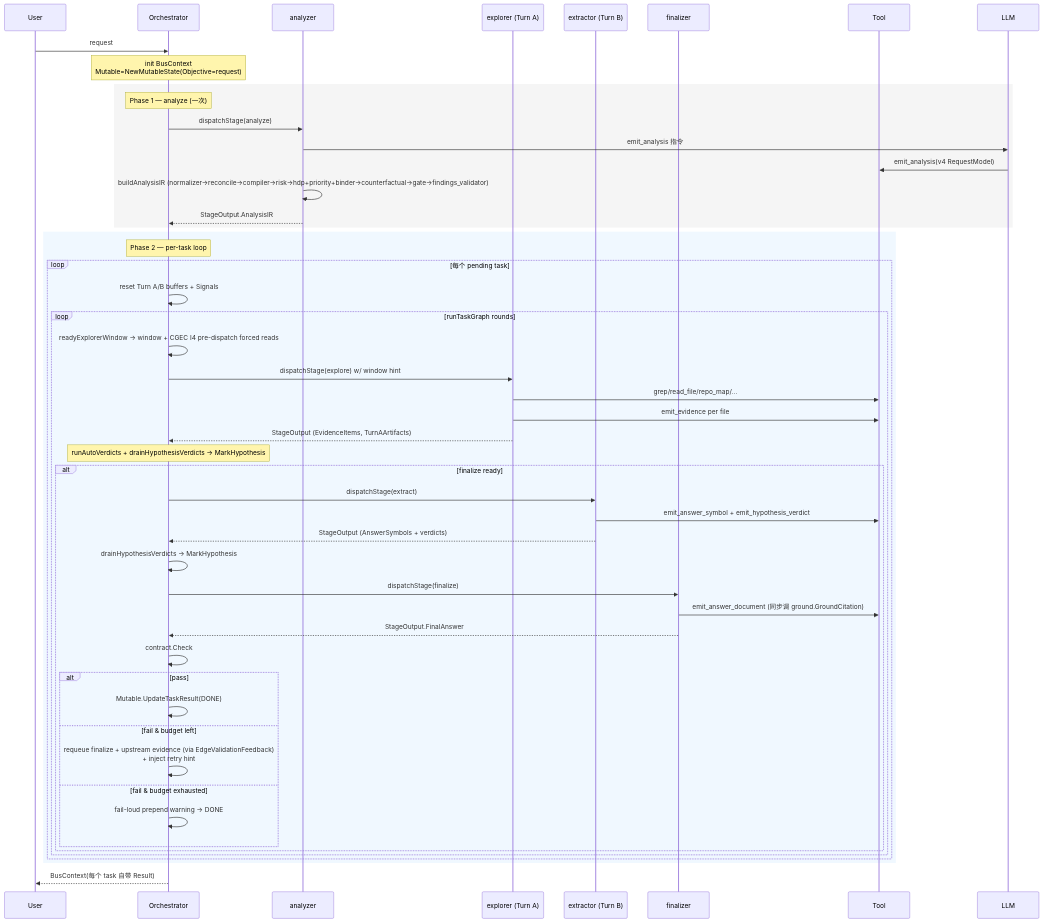
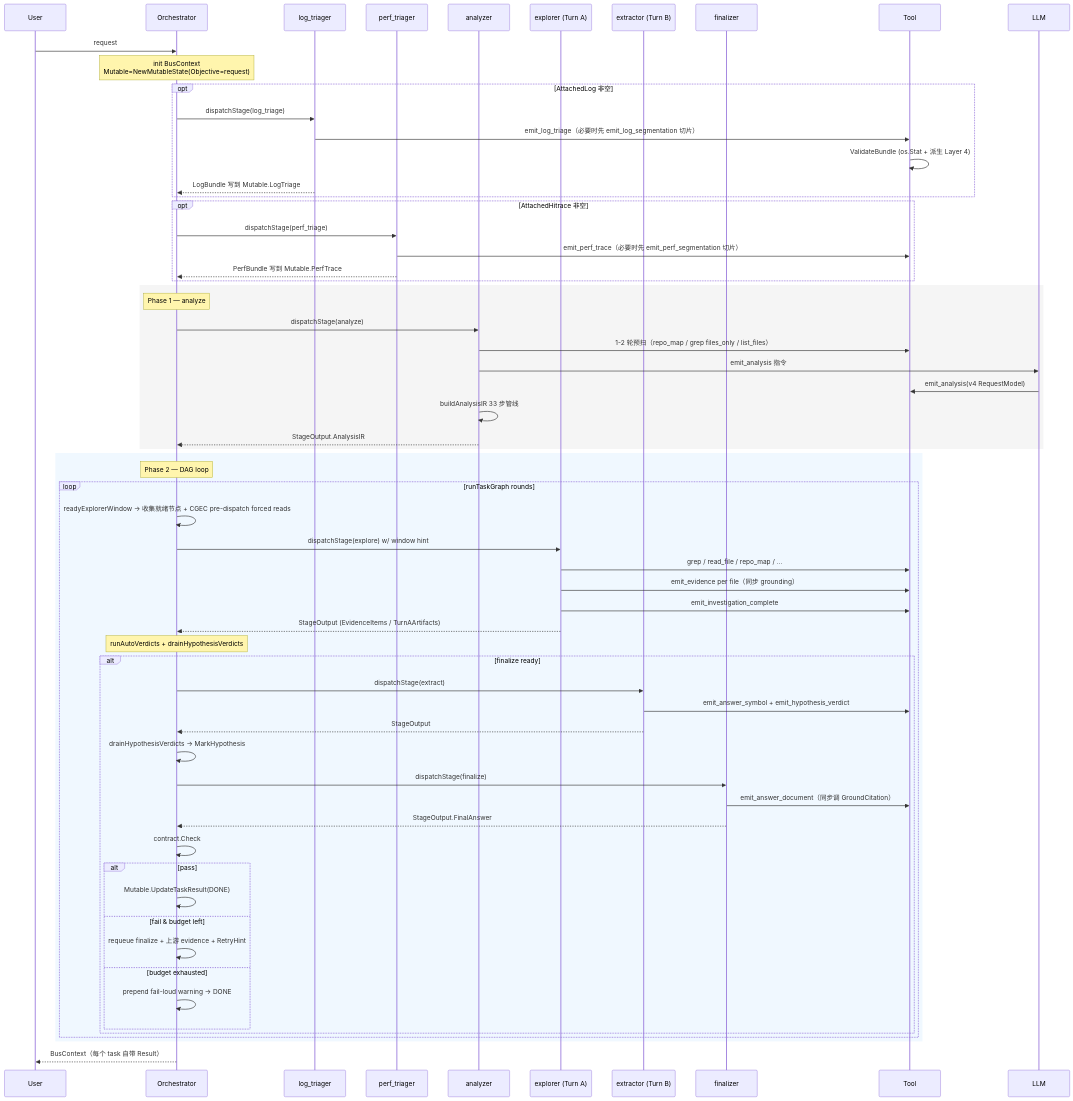
Before and after one commit to hanchaoqun/codrax: the second of 3 diagrams in docs/architecture.md, drawn with Mermaid. The commit also changed other lines of this file, not shown here.

First line of the commit message:
docs(architecture): full refresh — code-grounded deep dive

````diff
--- a/docs/architecture.md
+++ b/docs/architecture.md
@@ -1518,57 +1816,71 @@
 ```mermaid
 sequenceDiagram
     participant User
     participant Orch as Orchestrator
+    participant LT as log_triager
+    participant PT as perf_triager
     participant A as analyzer
     participant E as explorer (Turn A)
     participant X as extractor (Turn B)
     participant F as finalizer
     participant Tool
     participant LLM
 
     User->>Orch: request
     Note over Orch: init BusContext<br/>Mutable=NewMutableState(Objective=request)
 
+    opt AttachedLog 非空
+    Orch->>LT: dispatchStage(log_triage)
+    LT->>Tool: emit_log_triage（必要时先 emit_log_segmentation 切片）
+    Tool->>Tool: ValidateBundle (os.Stat + 派生 Layer 4)
+    LT-->>Orch: LogBundle 写到 Mutable.LogTriage
+    end
+
+    opt AttachedHitrace 非空
+    Orch->>PT: dispatchStage(perf_triage)
+    PT->>Tool: emit_perf_trace（必要时先 emit_perf_segmentation 切片）
+    PT-->>Orch: PerfBundle 写到 Mutable.PerfTrace
+    end
+
     rect rgb(245,245,245)
-    Note over Orch: Phase 1 — analyze (一次)
+    Note over Orch: Phase 1 — analyze
     Orch->>A: dispatchStage(analyze)
+    A->>Tool: 1-2 轮预扫（repo_map / grep files_only / list_files）
     A->>LLM: emit_analysis 指令
     LLM->>Tool: emit_analysis(v4 RequestModel)
-    A->>A: buildAnalysisIR (normalizer→reconcile→compiler→risk→hdp+priority+binder→counterfactual→gate→findings_validator)
+    A->>A: buildAnalysisIR 33 步管线
     A-->>Orch: StageOutput.AnalysisIR
     end
 
     rect rgb(240,248,255)
-    Note over Orch: Phase 2 — per-task loop
-    loop 每个 pending task
-        Orch->>Orch: reset Turn A/B buffers + Signals
-        loop runTaskGraph rounds
-            Orch->>Orch: readyExplorerWindow → window + CGEC I4 pre-dispatch forced reads
-            Orch->>E: dispatchStage(explore) w/ window hint
-            E->>Tool: grep/read_file/repo_map/...
-            E->>Tool: emit_evidence per file
-            E-->>Orch: StageOutput (EvidenceItems, TurnAArtifacts)
-            Note over Orch: runAutoVerdicts + drainHypothesisVerdicts → MarkHypothesis
-            alt finalize ready
-                Orch->>X: dispatchStage(extract)
-                X->>Tool: emit_answer_symbol + emit_hypothesis_verdict
-                X-->>Orch: StageOutput (AnswerSymbols + verdicts)
-                Orch->>Orch: drainHypothesisVerdicts → MarkHypothesis
-                Orch->>F: dispatchStage(finalize)
-                F->>Tool: emit_answer_document (同步调 ground.GroundCitation)
-                F-->>Orch: StageOutput.FinalAnswer
-                Orch->>Orch: contract.Check
-                alt pass
-                    Orch->>Orch: Mutable.UpdateTaskResult(DONE)
-                else fail & budget left
-                    Orch->>Orch: requeue finalize + upstream evidence (via EdgeValidationFeedback)<br/>+ inject retry hint
-                else fail & budget exhausted
-                    Orch->>Orch: fail-loud prepend warning → DONE
-                end
+    Note over Orch: Phase 2 — DAG loop
+    loop runTaskGraph rounds
+        Orch->>Orch: readyExplorerWindow → 收集就绪节点 + CGEC pre-dispatch forced reads
+        Orch->>E: dispatchStage(explore) w/ window hint
+        E->>Tool: grep / read_file / repo_map / ...
+        E->>Tool: emit_evidence per file（同步 grounding）
+        E->>Tool: emit_investigation_complete
+        E-->>Orch: StageOutput (EvidenceItems / TurnAArtifacts)
+        Note over Orch: runAutoVerdicts + drainHypothesisVerdicts
+        alt finalize ready
+            Orch->>X: dispatchStage(extract)
+            X->>Tool: emit_answer_symbol + emit_hypothesis_verdict
+            X-->>Orch: StageOutput
+            Orch->>Orch: drainHypothesisVerdicts → MarkHypothesis
+            Orch->>F: dispatchStage(finalize)
+            F->>Tool: emit_answer_document（同步调 GroundCitation）
+            F-->>Orch: StageOutput.FinalAnswer
+            Orch->>Orch: contract.Check
+            alt pass
+                Orch->>Orch: Mutable.UpdateTaskResult(DONE)
+            else fail & budget left
+                Orch->>Orch: requeue finalize + 上游 evidence + RetryHint
+            else budget exhausted
+                Orch->>Orch: prepend fail-loud warning → DONE
             end
         end
     end
     end
 
-    Orch-->>User: BusContext(每个 task 自带 Result)
+    Orch-->>User: BusContext（每个 task 自带 Result）
 ```
````
